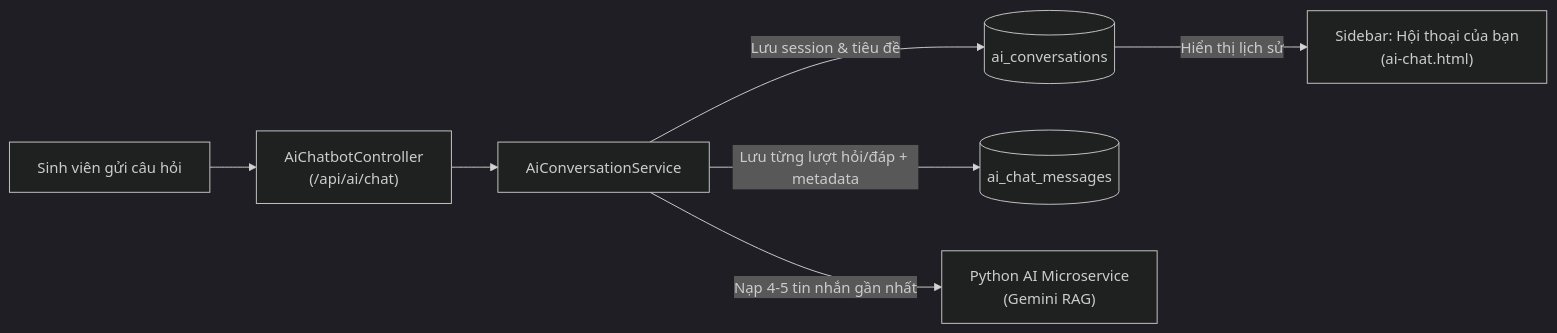
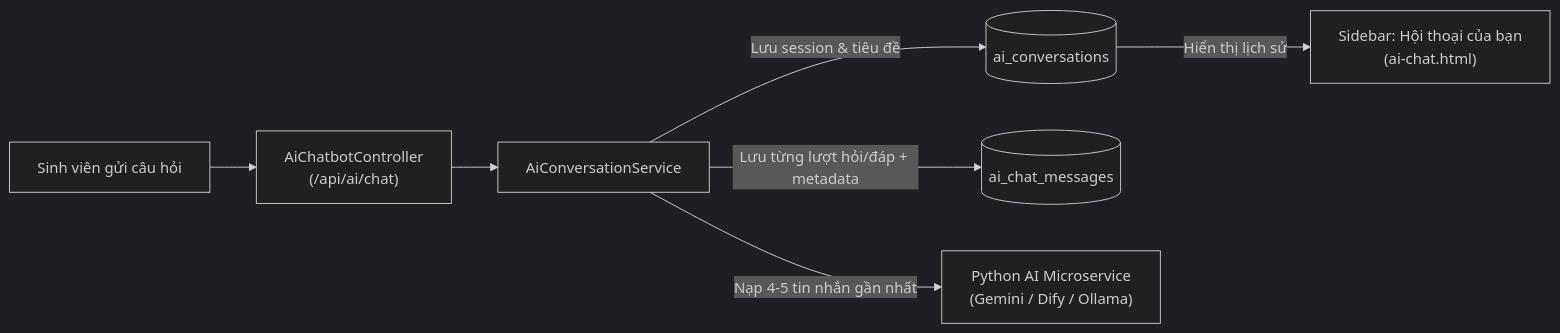
One commit to Yhucyor/HCMUTE-Support-Portal changed the first of 2 diagrams in docs/tiendo/tiendo13.md. Above: the diagram before and after it, drawn with Mermaid (dark theme). The commit also changed other lines of this file and 1 other file, not shown here.

````diff
--- a/docs/tiendo/tiendo13.md
+++ b/docs/tiendo/tiendo13.md
@@ -25,9 +26,9 @@
 ```mermaid
 graph LR
     A["Sinh viên gửi câu hỏi"] --> B["AiChatbotController<br/>(/api/ai/chat)"]
     B --> C["AiConversationService"]
     C -->|Lưu session & tiêu đề| D[("ai_conversations")]
     C -->|Lưu từng lượt hỏi/đáp + metadata| E[("ai_chat_messages")]
-    C -->|Nạp 4-5 tin nhắn gần nhất| F["Python AI Microservice<br/>(Gemini RAG)"]
+    C -->|Nạp 4-5 tin nhắn gần nhất| F["Python AI Microservice<br/>(Gemini / Dify / Ollama)"]
     D -->|Hiển thị lịch sử| G["Sidebar: Hội thoại của bạn<br/>(ai-chat.html)"]
 ```
````
